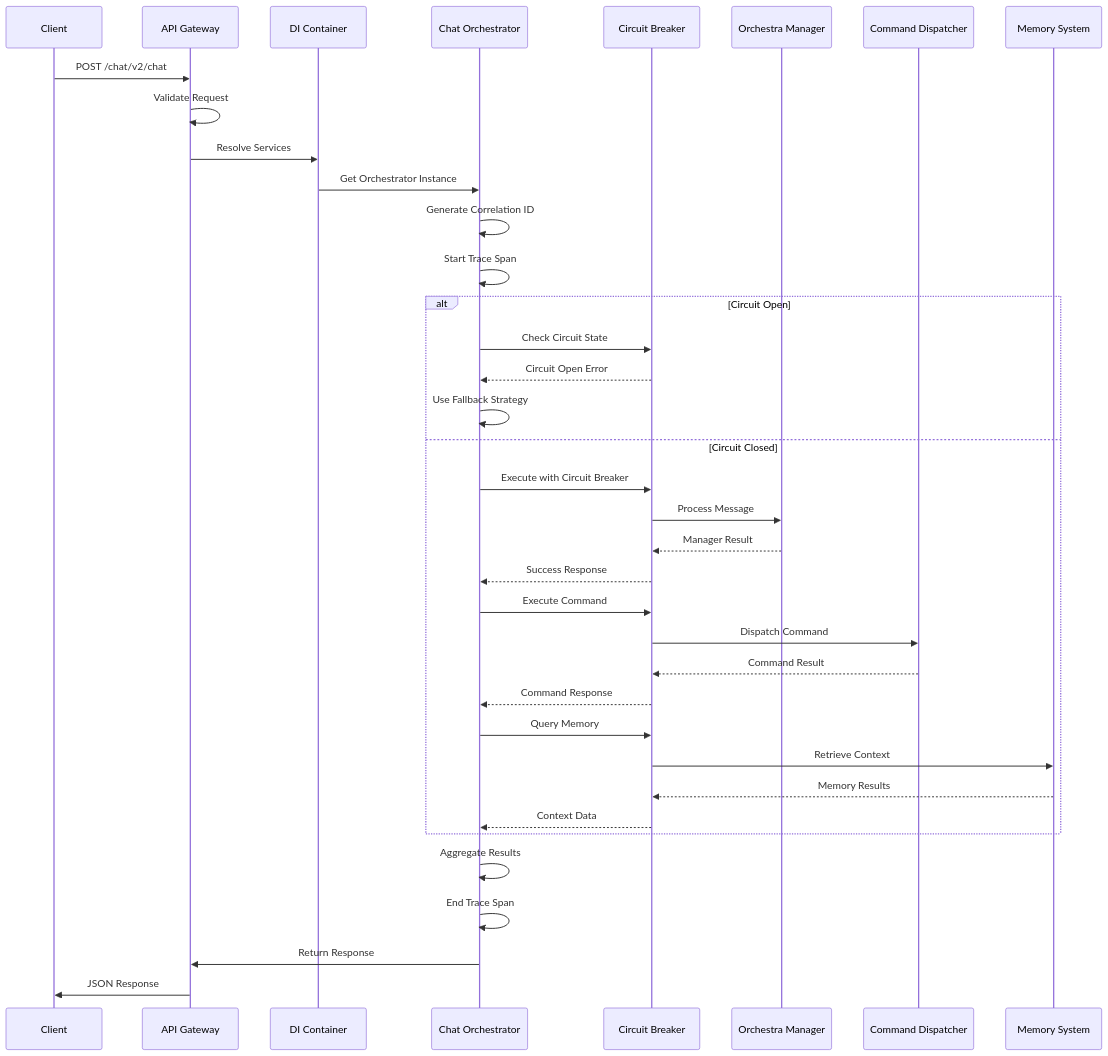
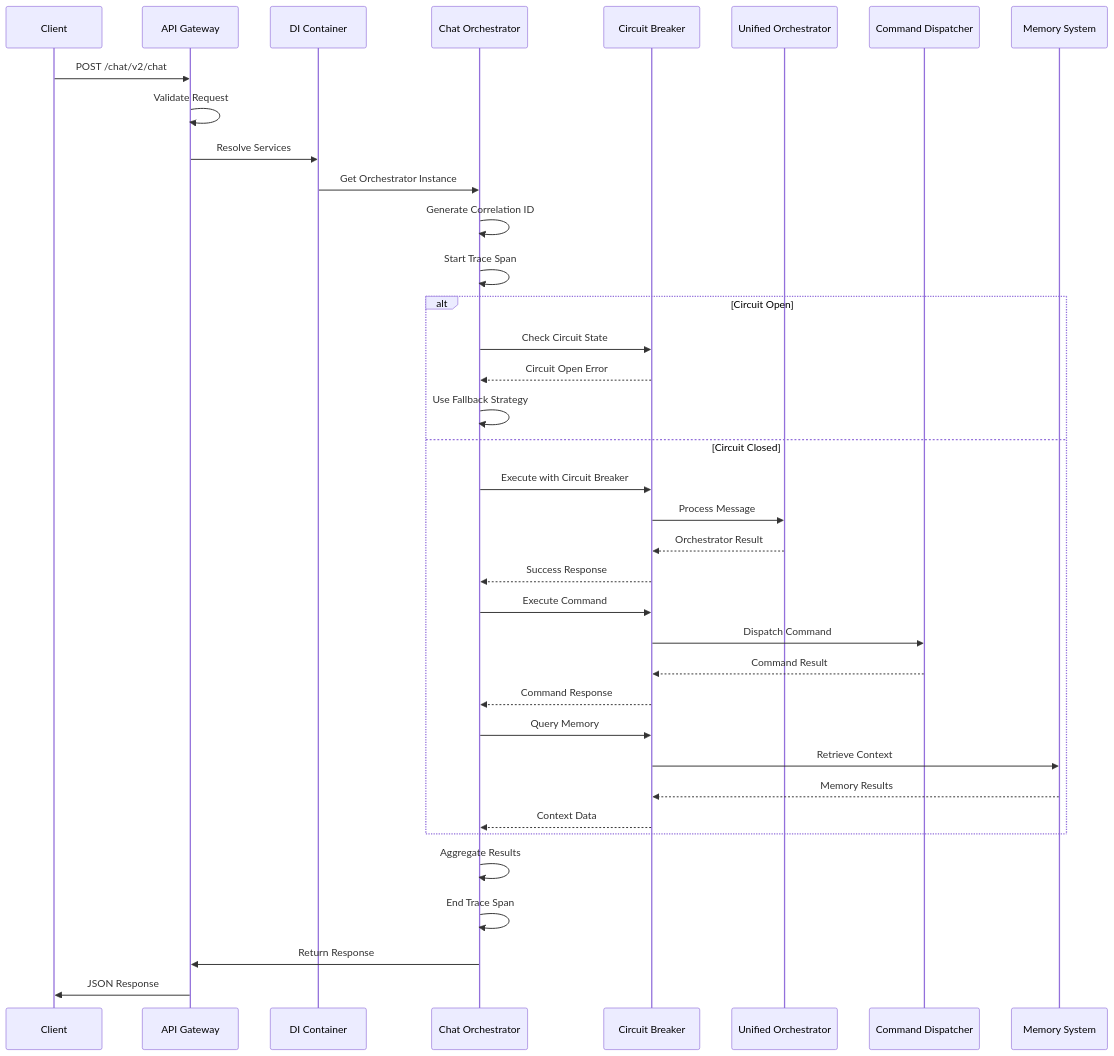
The second of 14 diagrams in docs/architecture/component-interactions.md (ai-cherry/sophia-intel-ai), drawn with Mermaid before and after one commit. The commit also changed other lines of this file and 58 other files, not shown here.

````diff
--- a/docs/architecture/component-interactions.md
+++ b/docs/architecture/component-interactions.md
@@ -71,44 +73,44 @@
 ```mermaid
 sequenceDiagram
     participant C as Client
     participant AG as API Gateway
     participant DI as DI Container
     participant CO as Chat Orchestrator
     participant CB as Circuit Breaker
-    participant OM as Orchestra Manager
+    participant UO as Unified Orchestrator
     participant CD as Command Dispatcher
     participant MS as Memory System
     
     C->>AG: POST /chat/v2/chat
     AG->>AG: Validate Request
     AG->>DI: Resolve Services
     DI->>CO: Get Orchestrator Instance
     CO->>CO: Generate Correlation ID
     CO->>CO: Start Trace Span
     
     alt Circuit Open
         CO->>CB: Check Circuit State
         CB-->>CO: Circuit Open Error
         CO->>CO: Use Fallback Strategy
     else Circuit Closed
         CO->>CB: Execute with Circuit Breaker
-        CB->>OM: Process Message
-        OM-->>CB: Manager Result
+        CB->>UO: Process Message
+        UO-->>CB: Orchestrator Result
         CB-->>CO: Success Response
         
         CO->>CB: Execute Command
         CB->>CD: Dispatch Command
         CD-->>CB: Command Result
         CB-->>CO: Command Response
         
         CO->>CB: Query Memory
         CB->>MS: Retrieve Context
         MS-->>CB: Memory Results
         CB-->>CO: Context Data
     end
     
     CO->>CO: Aggregate Results
     CO->>CO: End Trace Span
     CO->>AG: Return Response
     AG->>C: JSON Response
 ```
````
